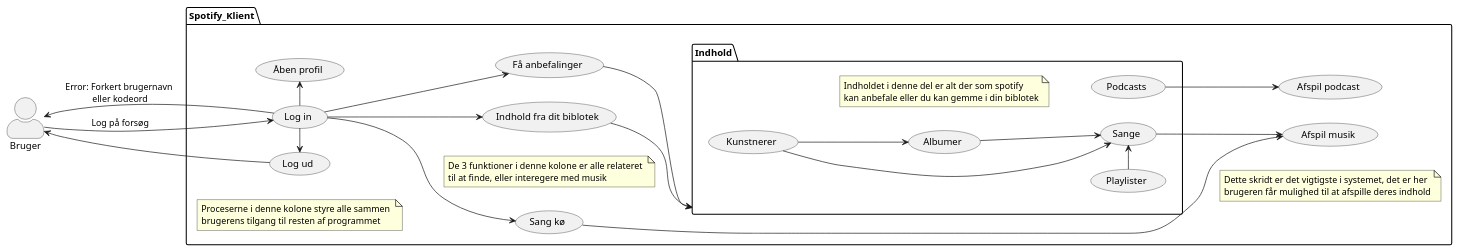
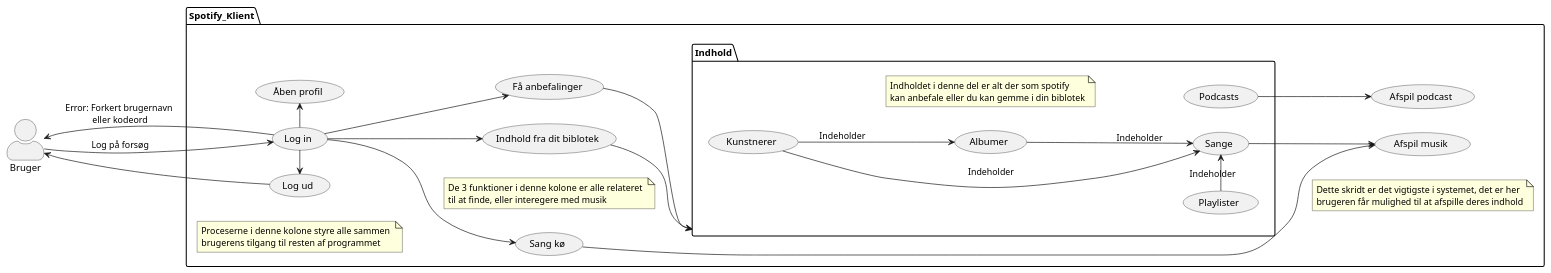
Before and after one commit to ViliusIvanovas/SO6: the diagram in usecases.puml, drawn with PlantUML. The commit also changed 2 other files, not shown here.

```diff
--- a/usecases.puml
+++ b/usecases.puml
@@ -1,81 +1,81 @@
 @startuml usecases
 
 set separator ::
 
 skinparam actorStyle awesome
 
 left to right direction
 
 actor Bruger as bruger
 
 package Spotify_Klient {
     usecase "Log in" as login
 
     usecase "Afspil musik" as afspil
     usecase "Afspil podcast" as afspilPodcast
 
     note "Dette skridt er det vigtigste i systemet, det er her \nbrugeren får mulighed til at afspille deres indhold" as n4
 
     usecase "Få anbefalinger" as anbefal
 
     usecase "Indhold fra dit biblotek" as biblotek
 
     note "De 3 funktioner i denne kolone er alle relateret \ntil at finde, eller interegere med musik" as n2
 
     package Indhold as indhold {
         usecase "Sange" as sang
         usecase "Albumer" as album
         usecase "Kunstnerer" as kunstner
         usecase "Playlister" as playliste
         usecase "Podcasts" as podcast
 
         note "Indholdet i denne del er alt der som spotify \nkan anbefale eller du kan gemme i din biblotek" as n1
     }
 
     usecase "Sang kø" as kø
 
     usecase "Log ud" as logud
     usecase "Åben profil" as profil
 
     note "Proceserne i denne kolone styre alle sammen \nbrugerens tilgang til resten af programmet" as n3
 }
 
 login -up-> bruger : Error: Forkert brugernavn \neller kodeord
 bruger --> login : Log på forsøg
 login --> kø
 
 login --> biblotek
 biblotek -down-> indhold
 
-album --> sang
-kunstner -down-> album
-kunstner -down-> sang
-playliste -right-> sang
+album --> sang : Indeholder
+kunstner -down-> album : Indeholder
+kunstner -down-> sang : Indeholder
+playliste -right-> sang : Indeholder
 
 sang -down-> afspil
 kø --> afspil
 
 podcast -down-> afspilPodcast
 
 login --> anbefal
 anbefal -down-> indhold
 
 login -left-> logud
 login -right-> profil
 
 logud --> bruger
 
 afspil -[hidden] afspilPodcast
 album -[hidden]-> podcast
 
 kunstner -[hidden]-> n1
 n1 -[hidden]-> podcast
 
 kø -[hidden] n2
 n2 -[hidden] biblotek
 
 n3 -[hidden] profil
 
 n4 -[hidden] afspilPodcast
 
 @enduml
```
